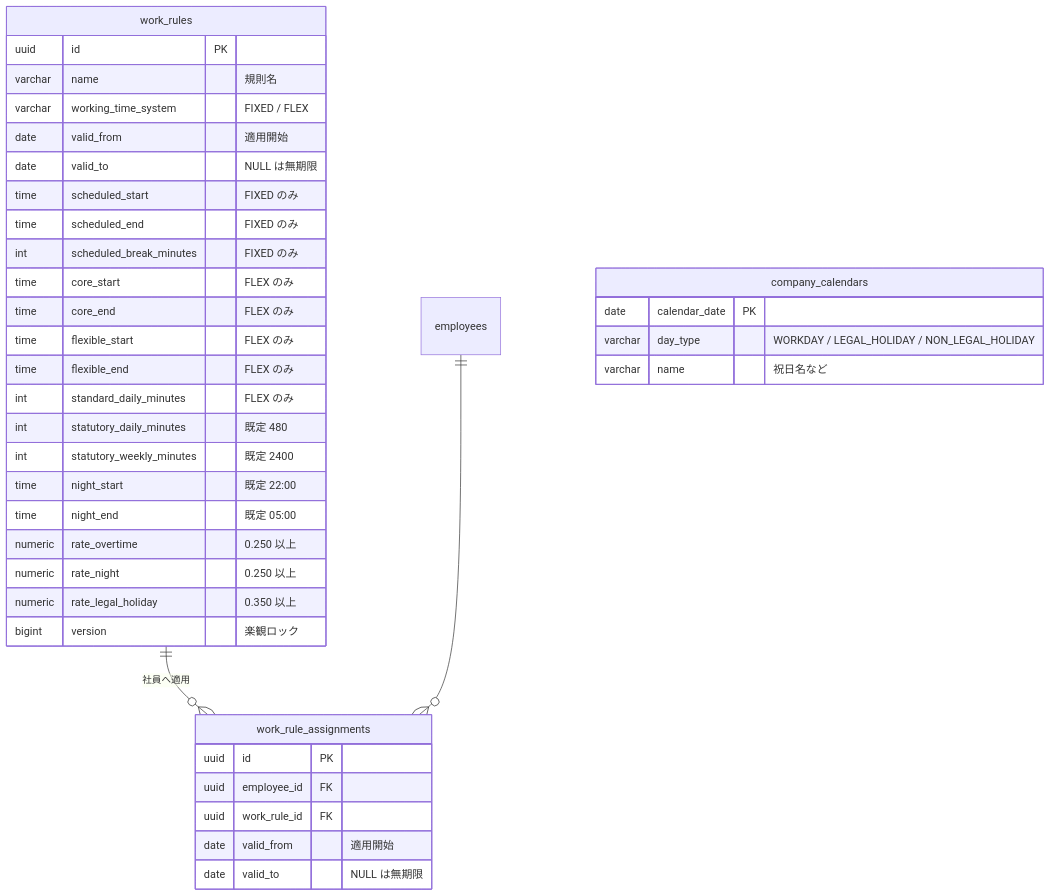
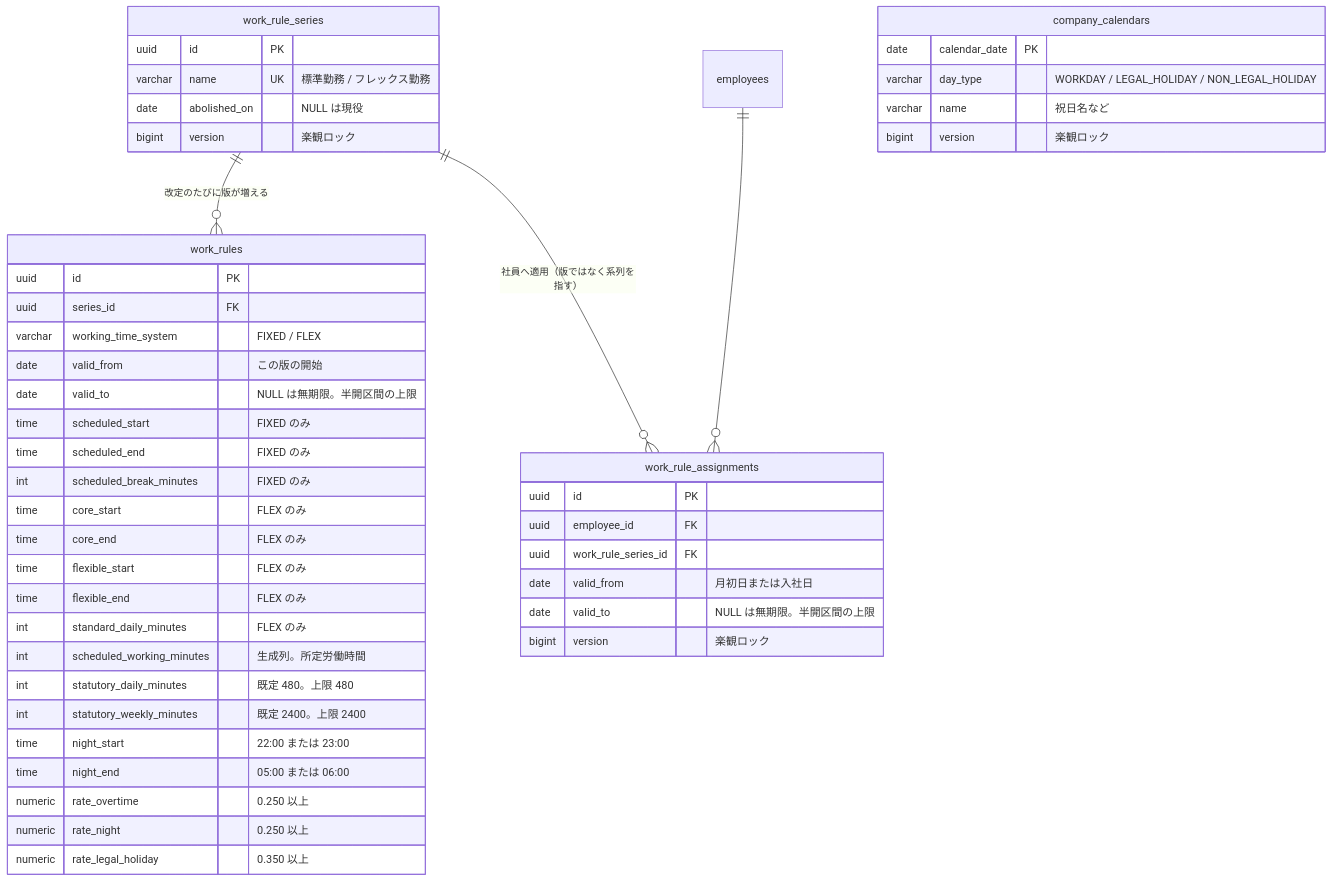
The diagram in doc/02_詳細設計/02_就業規則・カレンダー/diagrams/ER図.mmd (masaki-i02/newJavaProject), drawn with Mermaid before and after one commit. The commit also changed 16 other files, not shown here.

```diff
--- a/doc/02_詳細設計/02_就業規則・カレンダー/diagrams/ER図.mmd
+++ b/doc/02_詳細設計/02_就業規則・カレンダー/diagrams/ER図.mmd
@@ -1,39 +1,48 @@
 erDiagram
-    work_rules ||--o{ work_rule_assignments : "社員へ適用"
+    work_rule_series ||--o{ work_rules : "改定のたびに版が増える"
+    work_rule_series ||--o{ work_rule_assignments : "社員へ適用（版ではなく系列を指す）"
     employees ||--o{ work_rule_assignments : ""
 
+    work_rule_series {
+        uuid id PK
+        varchar name UK "標準勤務 / フレックス勤務"
+        date abolished_on "NULL は現役"
+        bigint version "楽観ロック"
+    }
     work_rules {
         uuid id PK
-        varchar name "規則名"
+        uuid series_id FK
         varchar working_time_system "FIXED / FLEX"
-        date valid_from "適用開始"
-        date valid_to "NULL は無期限"
+        date valid_from "この版の開始"
+        date valid_to "NULL は無期限。半開区間の上限"
         time scheduled_start "FIXED のみ"
         time scheduled_end "FIXED のみ"
         int scheduled_break_minutes "FIXED のみ"
         time core_start "FLEX のみ"
         time core_end "FLEX のみ"
         time flexible_start "FLEX のみ"
         time flexible_end "FLEX のみ"
         int standard_daily_minutes "FLEX のみ"
-        int statutory_daily_minutes "既定 480"
-        int statutory_weekly_minutes "既定 2400"
-        time night_start "既定 22:00"
-        time night_end "既定 05:00"
+        int scheduled_working_minutes "生成列。所定労働時間"
+        int statutory_daily_minutes "既定 480。上限 480"
+        int statutory_weekly_minutes "既定 2400。上限 2400"
+        time night_start "22:00 または 23:00"
+        time night_end "05:00 または 06:00"
         numeric rate_overtime "0.250 以上"
         numeric rate_night "0.250 以上"
         numeric rate_legal_holiday "0.350 以上"
-        bigint version "楽観ロック"
     }
     work_rule_assignments {
         uuid id PK
         uuid employee_id FK
-        uuid work_rule_id FK
-        date valid_from "適用開始"
-        date valid_to "NULL は無期限"
+        uuid work_rule_series_id FK
+        date valid_from "月初日または入社日"
+        date valid_to "NULL は無期限。半開区間の上限"
+        bigint version "楽観ロック"
     }
     company_calendars {
         date calendar_date PK
         varchar day_type "WORKDAY / LEGAL_HOLIDAY / NON_LEGAL_HOLIDAY"
         varchar name "祝日名など"
+        bigint version "楽観ロック"
     }
```
